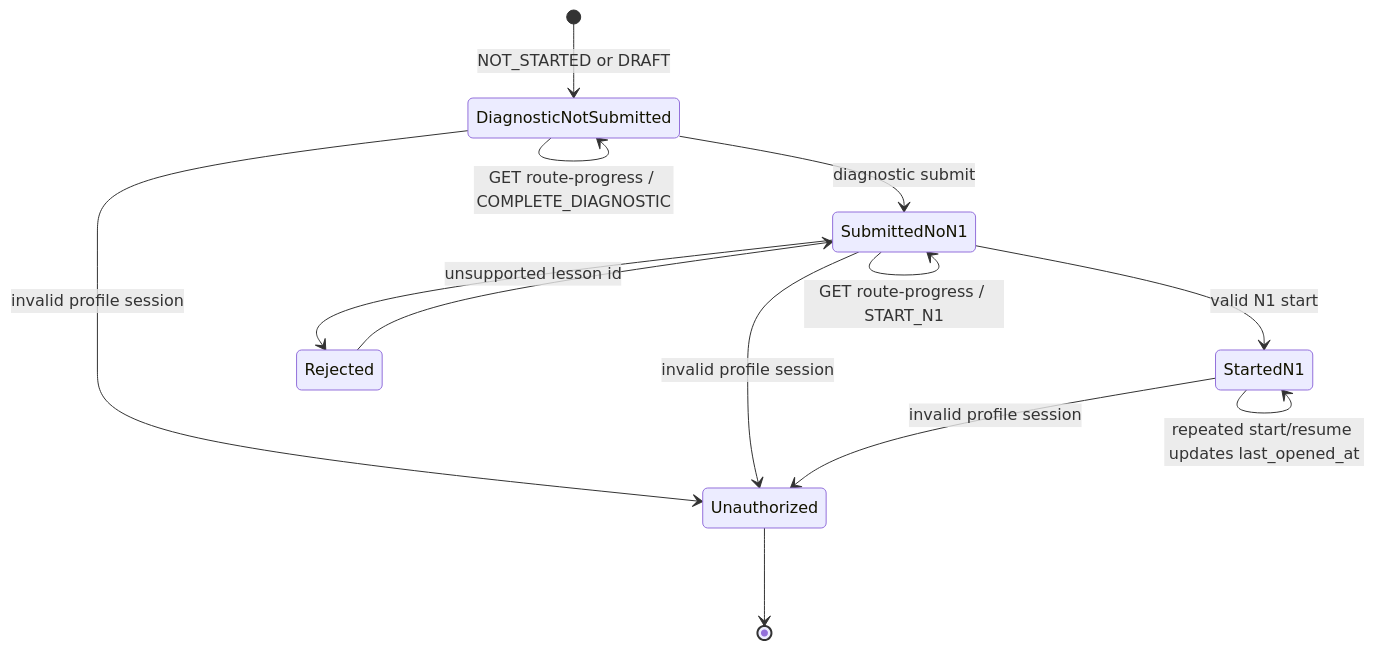
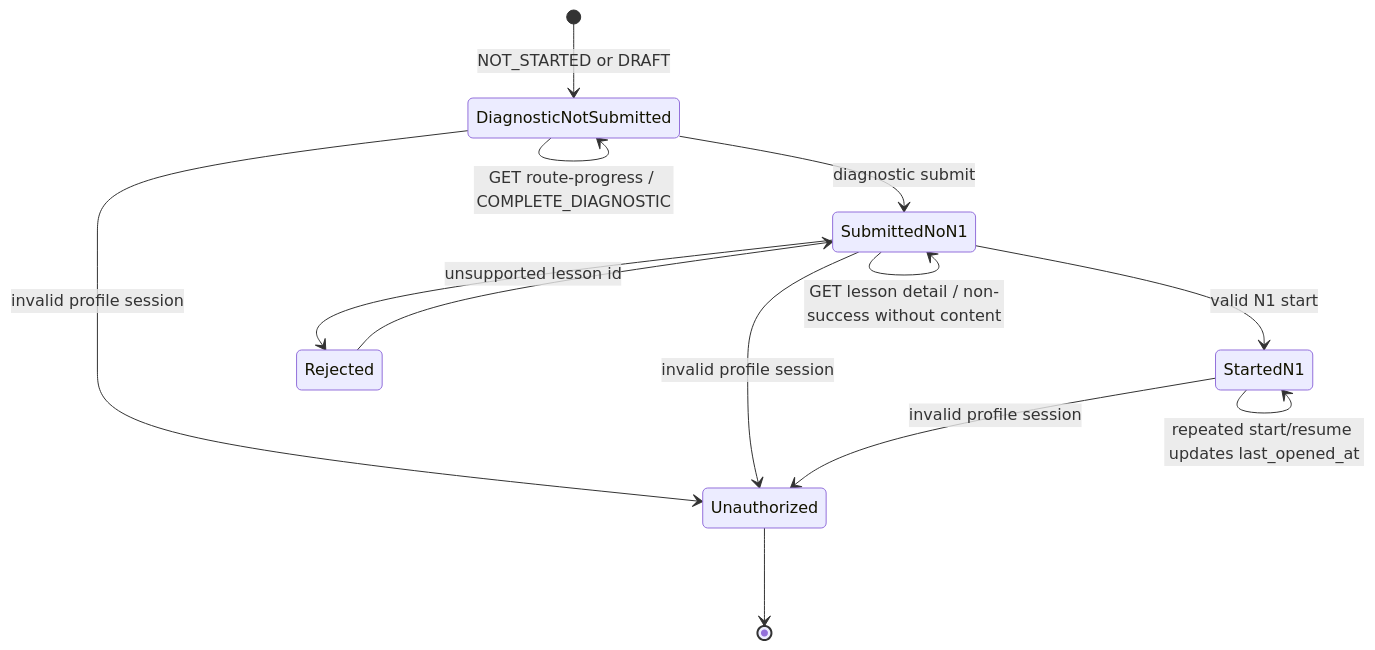
One commit to UnidentifiedRaccoon/Finrhythm changed the eighth of 8 diagrams in docs/architecture/access-and-subscriptions.md. Above: the diagram before and after it, drawn with Mermaid. The commit also changed other lines of this file and 40 other files, not shown here.

````diff
--- a/docs/architecture/access-and-subscriptions.md
+++ b/docs/architecture/access-and-subscriptions.md
@@ -314,16 +320,18 @@
 ```mermaid
 stateDiagram-v2
     [*] --> DiagnosticNotSubmitted: NOT_STARTED or DRAFT
     DiagnosticNotSubmitted --> DiagnosticNotSubmitted: GET route-progress / COMPLETE_DIAGNOSTIC
     DiagnosticNotSubmitted --> SubmittedNoN1: diagnostic submit
     SubmittedNoN1 --> SubmittedNoN1: GET route-progress / START_N1
+    SubmittedNoN1 --> SubmittedNoN1: GET lesson detail / non-success without content
     SubmittedNoN1 --> StartedN1: valid N1 start
     StartedN1 --> StartedN1: GET route-progress / RESUME_N1
+    StartedN1 --> StartedN1: GET lesson detail / backend N1 detail
     StartedN1 --> StartedN1: repeated start/resume updates last_opened_at
     SubmittedNoN1 --> Rejected: unsupported lesson id
     Rejected --> SubmittedNoN1
     DiagnosticNotSubmitted --> Unauthorized: invalid profile session
     SubmittedNoN1 --> Unauthorized: invalid profile session
     StartedN1 --> Unauthorized: invalid profile session
     Unauthorized --> [*]
 ```
````
